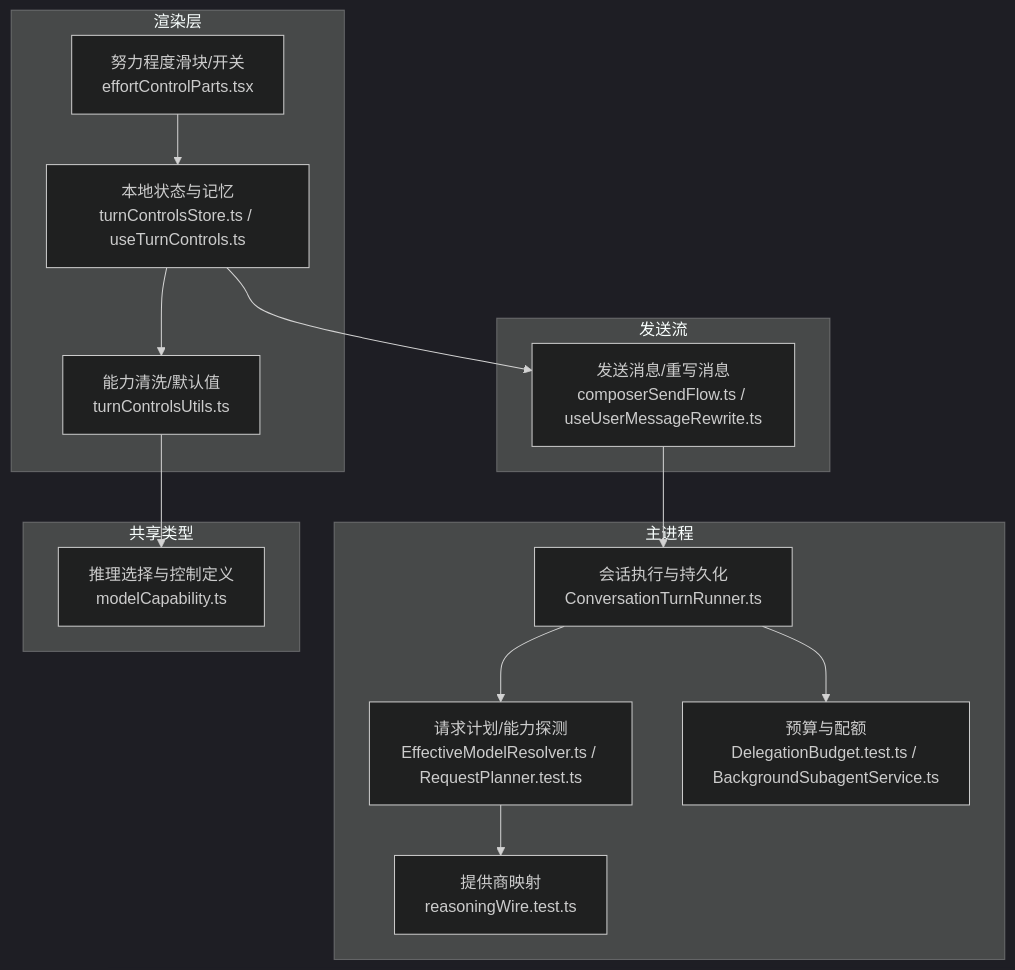
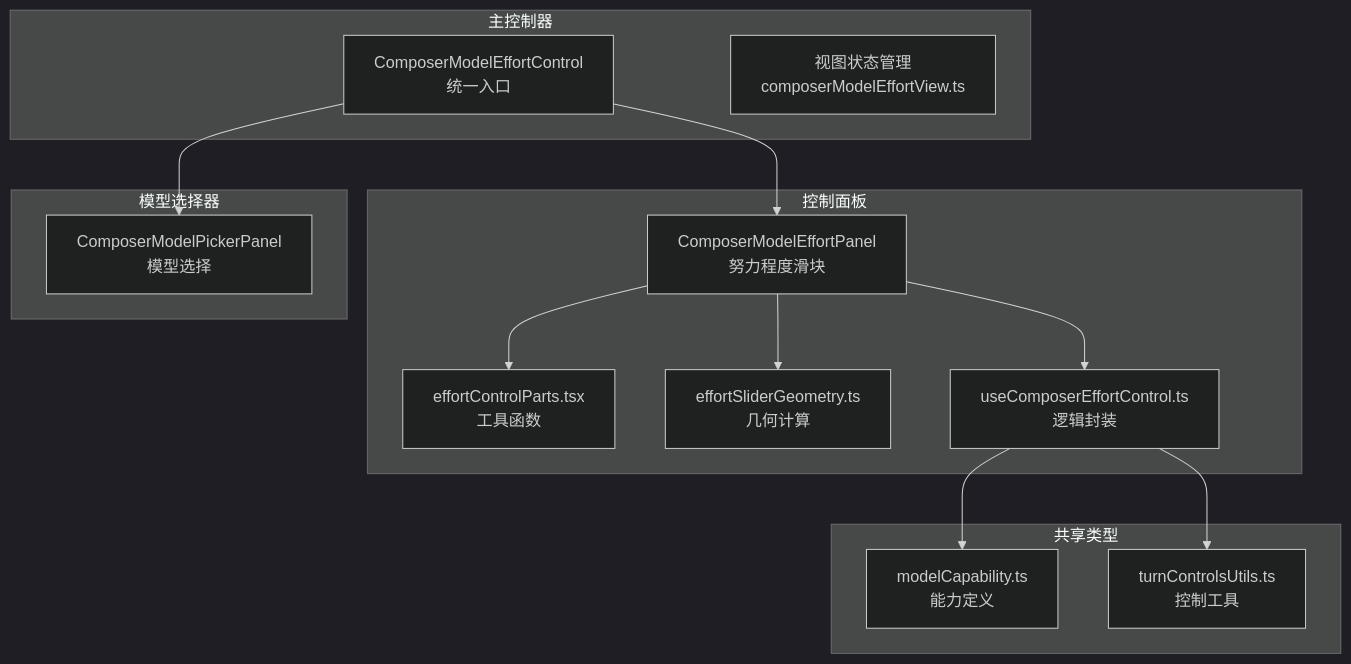
One commit to haolange/RDC-Agent changed the first of 6 diagrams in .qoder/repowiki/zh/content/用户界面/对话编辑器/努力程度控制.md. Above: the diagram before and after it, drawn with Mermaid (dark theme). The commit also changed other lines of this file and 22 other files, not shown here.

````diff
--- a/.qoder/repowiki/zh/content/用户界面/对话编辑器/努力程度控制.md
+++ b/.qoder/repowiki/zh/content/用户界面/对话编辑器/努力程度控制.md
@@ -52,28 +44,27 @@
 ```mermaid
 graph TB
-subgraph "渲染层"
-UI["努力程度滑块/开关<br/>effortControlParts.tsx"]
-Store["本地状态与记忆<br/>turnControlsStore.ts / useTurnControls.ts"]
-Utils["能力清洗/默认值<br/>turnControlsUtils.ts"]
+subgraph "主控制器"
+Main["ComposerModelEffortControl<br/>统一入口"]
+State["视图状态管理<br/>composerModelEffortView.ts"]
 end
-subgraph "发送流"
-Send["发送消息/重写消息<br/>composerSendFlow.ts / useUserMessageRewrite.ts"]
+subgraph "控制面板"
+Panel["ComposerModelEffortPanel<br/>努力程度滑块"]
+Utils["effortControlParts.tsx<br/>工具函数"]
+Geometry["effortSliderGeometry.ts<br/>几何计算"]
+Hook["useComposerEffortControl.ts<br/>逻辑封装"]
 end
-subgraph "主进程"
-Runner["会话执行与持久化<br/>ConversationTurnRunner.ts"]
-Planner["请求计划/能力探测<br/>EffectiveModelResolver.ts / RequestPlanner.test.ts"]
-Wire["提供商映射<br/>reasoningWire.test.ts"]
-Budget["预算与配额<br/>DelegationBudget.test.ts / BackgroundSubagentService.ts"]
+subgraph "模型选择器"
+Picker["ComposerModelPickerPanel<br/>模型选择"]
 end
 subgraph "共享类型"
-Cap["推理选择与控制定义<br/>modelCapability.ts"]
+Cap["modelCapability.ts<br/>能力定义"]
+TurnUtils["turnControlsUtils.ts<br/>控制工具"]
 end
-UI --> Store
-Store --> Send
-Send --> Runner
-Runner --> Planner
-Planner --> Wire
-Store --> Utils
-Utils --> Cap
-Runner --> Budget
+Main --> Panel
+Main --> Picker
+Panel --> Utils
+Panel --> Geometry
+Panel --> Hook
+Hook --> Cap
+Hook --> TurnUtils
 ```
````
